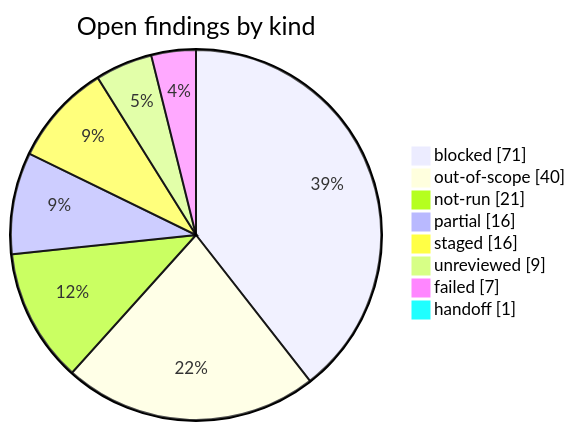
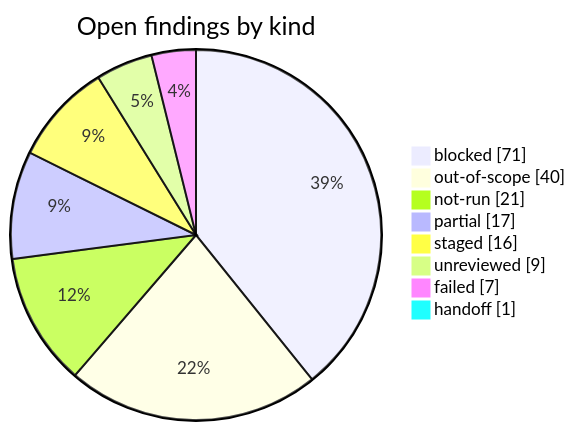
Before and after one commit to korczis/OpenTTD: the diagram in research/open-findings.md, drawn with Mermaid. The commit also changed other lines of this file and 1 other file, not shown here.

````diff
--- a/research/open-findings.md
+++ b/research/open-findings.md
@@ -36,12 +36,12 @@
 ```mermaid
 pie showData title Open findings by kind
     %% links: open-findings.md?col=Kind&filter=blocked#findings | open-findings.md?col=Kind&filter=out-of-scope#findings | open-findings.md?col=Kind&filter=not-run#findings | open-findings.md?col=Kind&filter=partial#findings | open-findings.md?col=Kind&filter=staged#findings | open-findings.md?col=Kind&filter=unreviewed#findings | open-findings.md?col=Kind&filter=failed#findings | open-findings.md?col=Kind&filter=handoff#findings
     "blocked" : 71
     "out-of-scope" : 40
     "not-run" : 21
-    "partial" : 16
+    "partial" : 17
     "staged" : 16
     "unreviewed" : 9
     "failed" : 7
     "handoff" : 1
 ```
````
